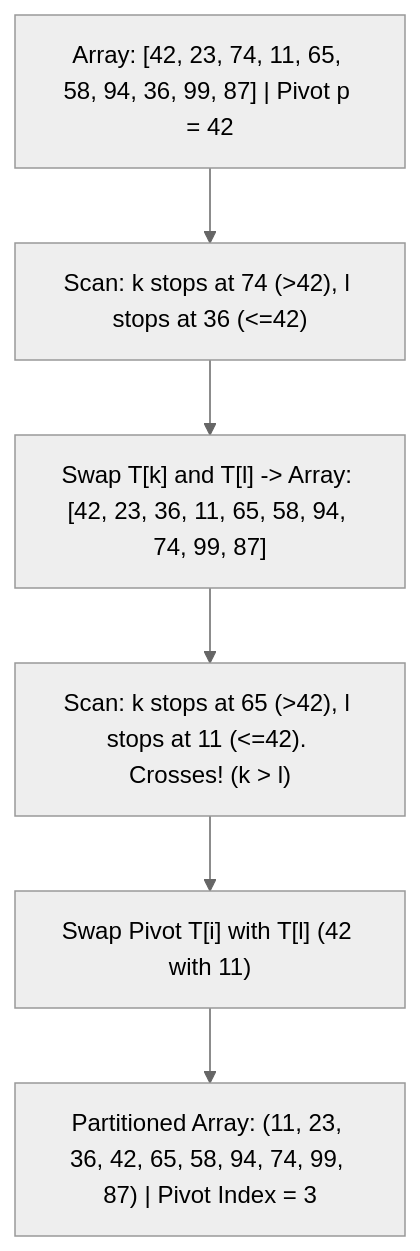
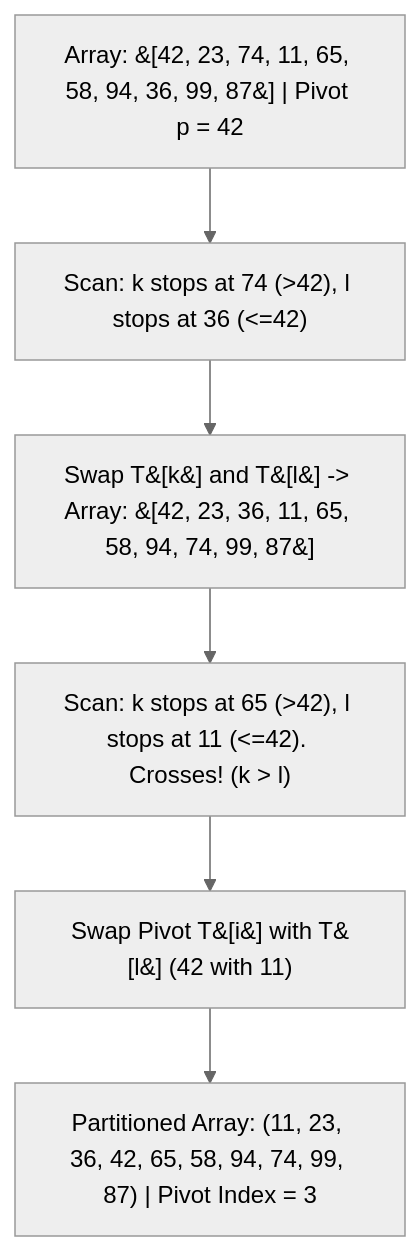
The sixth of 10 diagrams in notes/design_and_analysis_of_algorithms/Unit_02_Analysis_of_Algorithms.md (DeepLumiere/DeepSkills), drawn with Mermaid (neutral theme) before and after one commit. The commit also changed other lines of this file and 56 other files, not shown here.

````diff
--- a/notes/design_and_analysis_of_algorithms/Unit_02_Analysis_of_Algorithms.md
+++ b/notes/design_and_analysis_of_algorithms/Unit_02_Analysis_of_Algorithms.md
@@ -1302,15 +1302,15 @@
 ```mermaid
 
 flowchart TD
 
-    Step1["Array: [42, 23, 74, 11, 65, 58, 94, 36, 99, 87] | Pivot p = 42"] --> Scan1["Scan: k stops at 74 (&gt;42), l stops at 36 (&lt;=42)"]
+    Step1["Array: &#91;42, 23, 74, 11, 65, 58, 94, 36, 99, 87&#93; | Pivot p = 42"] --> Scan1["Scan: k stops at 74 (&gt;42), l stops at 36 (&lt;=42)"]
 
-    Scan1 --> Swap1["Swap T[k] and T[l] -> Array: [42, 23, 36, 11, 65, 58, 94, 74, 99, 87]"]
+    Scan1 --> Swap1["Swap T&#91;k&#93; and T&#91;l&#93; -> Array: &#91;42, 23, 36, 11, 65, 58, 94, 74, 99, 87&#93;"]
 
     Swap1 --> Scan2["Scan: k stops at 65 (&gt;42), l stops at 11 (&lt;=42). Crosses! (k &gt; l)"]
 
-    Scan2 --> PivotSwap["Swap Pivot T[i] with T[l] (42 with 11)"]
+    Scan2 --> PivotSwap["Swap Pivot T&#91;i&#93; with T&#91;l&#93; (42 with 11)"]
 
     PivotSwap --> Result["Partitioned Array: (11, 23, 36, 42, 65, 58, 94, 74, 99, 87) | Pivot Index = 3"]
 
 ```
````
